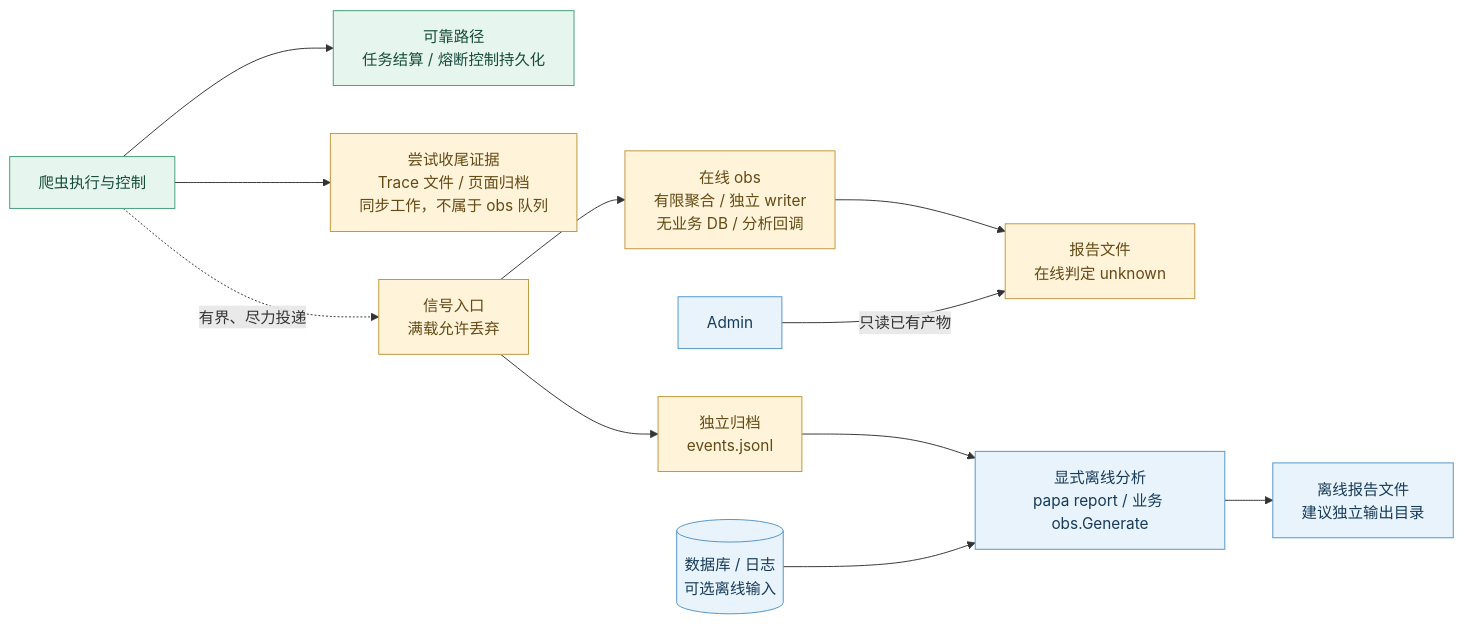
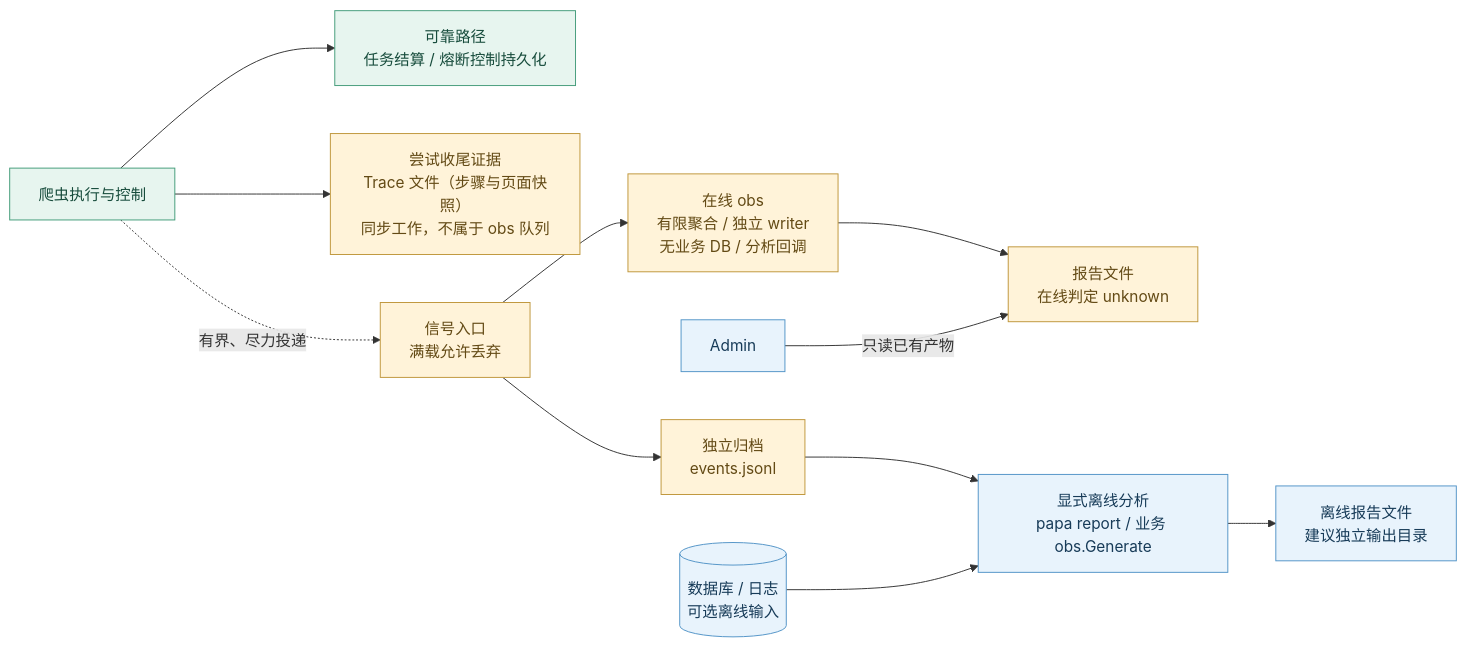
Before and after one commit to ydtg1993/papa: the diagram in docs/assets/diagrams/05-observation.mmd, drawn with Mermaid. The commit also changed 196 other files, not shown here.

```diff
--- a/docs/assets/diagrams/05-observation.mmd
+++ b/docs/assets/diagrams/05-observation.mmd
@@ -1,17 +1,17 @@
 flowchart LR
     E["爬虫执行与控制"] --> S["可靠路径<br/>任务结算 / 熔断控制持久化"]
-    E --> T["尝试收尾证据<br/>Trace 文件 / 页面归档<br/>同步工作，不属于 obs 队列"]
+    E --> T["尝试收尾证据<br/>Trace 文件（步骤与页面快照）<br/>同步工作，不属于 obs 队列"]
     E -.->|有界、尽力投递| Q["信号入口<br/>满载允许丢弃"]
     Q --> J["独立归档<br/>events.jsonl"]
     Q --> O["在线 obs<br/>有限聚合 / 独立 writer<br/>无业务 DB / 分析回调"]
     O --> R["报告文件<br/>在线判定 unknown"]
     U["Admin"] -->|只读已有产物| R
     J --> L["显式离线分析<br/>papa report / 业务 obs.Generate"]
     DB[("数据库 / 日志<br/>可选离线输入")] --> L
     L --> RF["离线报告文件<br/>建议独立输出目录"]
     classDef runtime fill:#e7f5ef,color:#174c3c,stroke:#449c7a;
     classDef observe fill:#fff3d9,color:#634a15,stroke:#bf963b;
     classDef business fill:#e8f3fc,color:#173b58,stroke:#5294c7;
     class E,S runtime;
     class T,Q,J,O,R observe;
     class U,L,DB,RF business;
```
